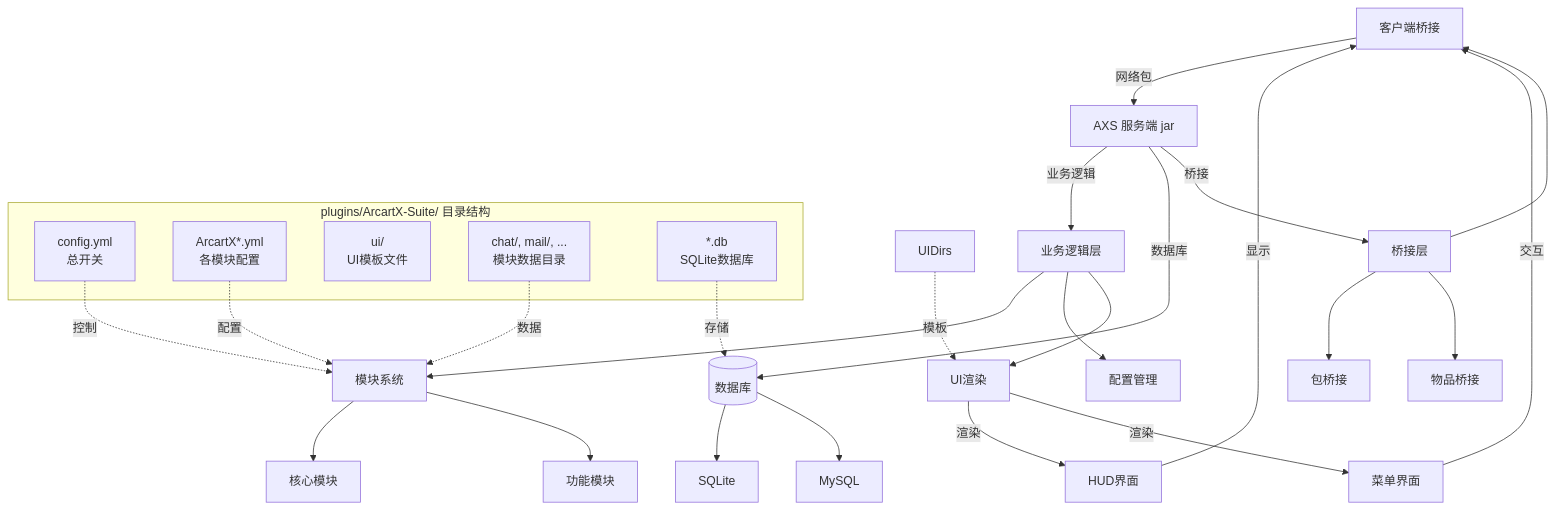
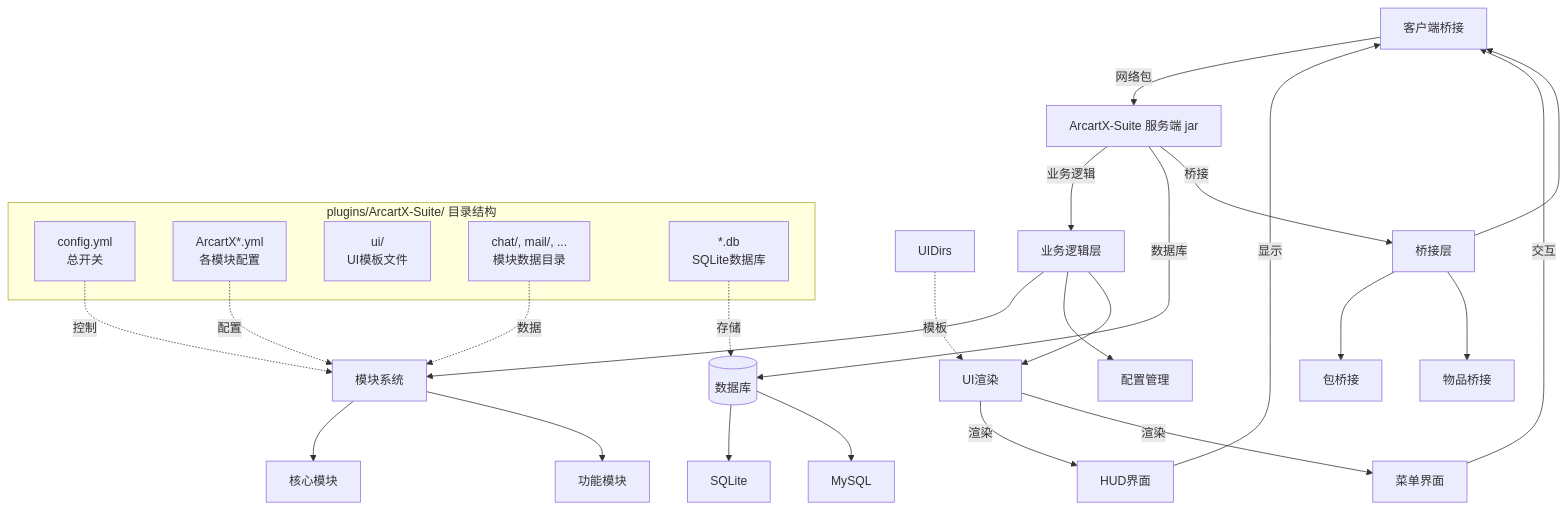
The first of 3 diagrams in docs/architecture/system-architecture.md (ArcartX-Suite/ArcartXSuite-Wiki), drawn with Mermaid before and after one commit. The commit also changed other lines of this file and 49 other files, not shown here.

````diff
--- a/docs/architecture/system-architecture.md
+++ b/docs/architecture/system-architecture.md
@@ -10,53 +10,53 @@
 ```mermaid
 graph TB
     %% 客户端侧
     Client[ArcartX 客户端 MOD] -->|网络包| Server
     
     %% 服务端侧
-    Server[AXS 服务端 jar] -->|业务逻辑| Business
+    Server[ArcartX-Suite 服务端 jar] -->|业务逻辑| Business
     Server -->|数据库| Database
     Server -->|桥接| Bridge
     
     %% 业务逻辑层
     Business[业务逻辑层]
     Business --> Module[模块系统]
     Business --> Config[配置管理]
     Business --> UI[UI渲染]
     
     %% 模块系统
     Module[模块系统] --> Core[核心模块]
     Module --> Modules[功能模块]
     
     %% 文件系统结构（作为服务端的子部分）
     subgraph "plugins/ArcartX-Suite/ 目录结构"
         ConfigYml["config.yml<br/>总开关"]
         ModuleConfigs["ArcartX*.yml<br/>各模块配置"]
         UIDir["ui/<br/>UI模板文件"]
         DataDirs["chat/, mail/, ...<br/>模块数据目录"]
         DBFiles["*.db<br/>SQLite数据库"]
     end
     
     %% 配置文件与功能的关系
     ConfigYml -.->|控制| Module
     ModuleConfigs -.->|配置| Module
     UIDirs -.->|模板| UI
     DataDirs -.->|数据| Module
     DBFiles -.->|存储| Database
     
     %% 数据库层
     Database[(数据库)] --> SQLite[SQLite]
     Database --> MySQL[MySQL]
     
     %% 桥接层
     Bridge[桥接层] --> Packet[包桥接]
     Bridge --> Client[客户端桥接]
     Bridge --> Item[物品桥接]
     
     %% UI渲染
     UI -->|渲染| HUD[HUD界面]
     UI -->|渲染| Menu[菜单界面]
     
     %% 最终输出
     HUD -->|显示| Client
     Menu -->|交互| Client
 ```
````
